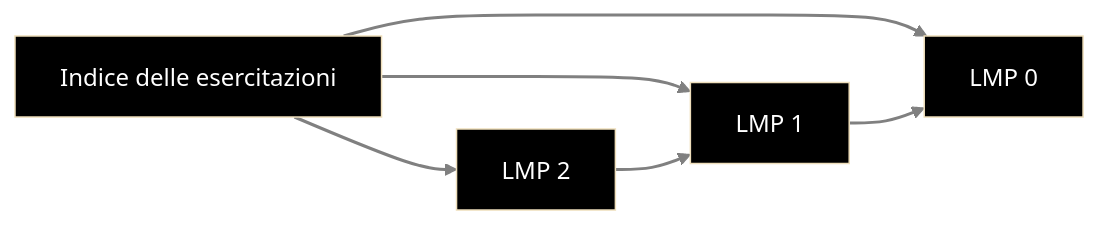
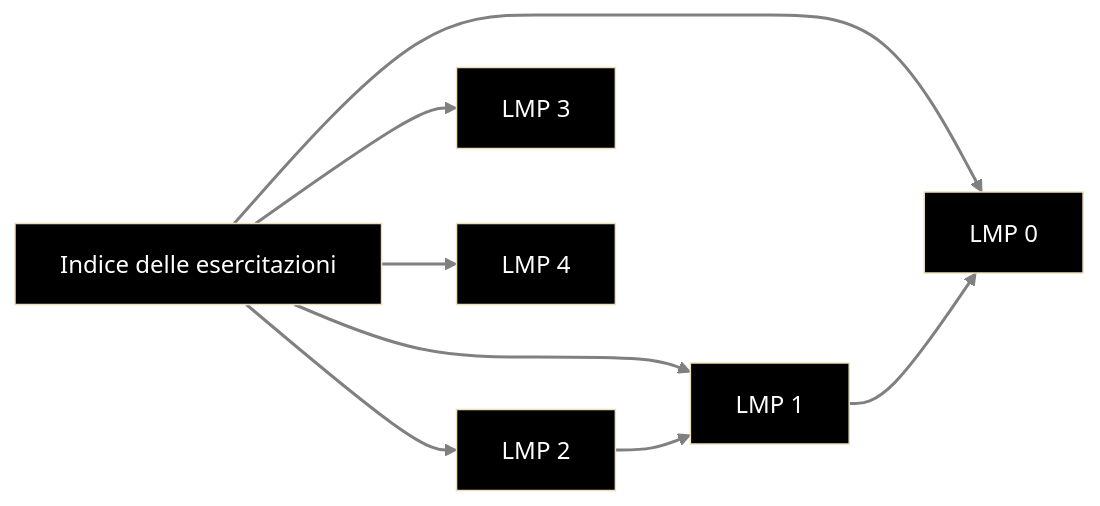
The diagram in Appunti LMP/MOD I/Esercitazioni/Indice delle esercitazioni.md (francosalvucci14/Appunti-II-anno), drawn with Mermaid (base theme) before and after one commit. The commit also changed other lines of this file and 1 other file, not shown here.

Commit message:
vault backup: 2022-12-07 12:25:59

````diff
--- a/Appunti LMP/MOD I/Esercitazioni/Indice delle esercitazioni.md
+++ b/Appunti LMP/MOD I/Esercitazioni/Indice delle esercitazioni.md
@@ -11,17 +12,21 @@
 ```mermaid
 graph LR;
 	A[Indice delle esercitazioni]
 	B[LMP 0]
 	C[LMP 1]
 	D[LMP 2]
+	E[LMP 3]
+	F[LMP 4]
 
 	linkStyle default stroke-width:2px,fill:none,stroke:grey,color:red
 	
 	style A fill:black, color:#fff
 	style B fill:black, color:#fff
 	style C fill:black, color:#fff
 	style D fill:black, color:#fff
-	A-->B & C & D
+	style E fill:black, color:#fff
+	style F fill:black, color:#fff
+	A-->B & C & D & E & F
 	C-->B
 	D-->C
 ```
````
